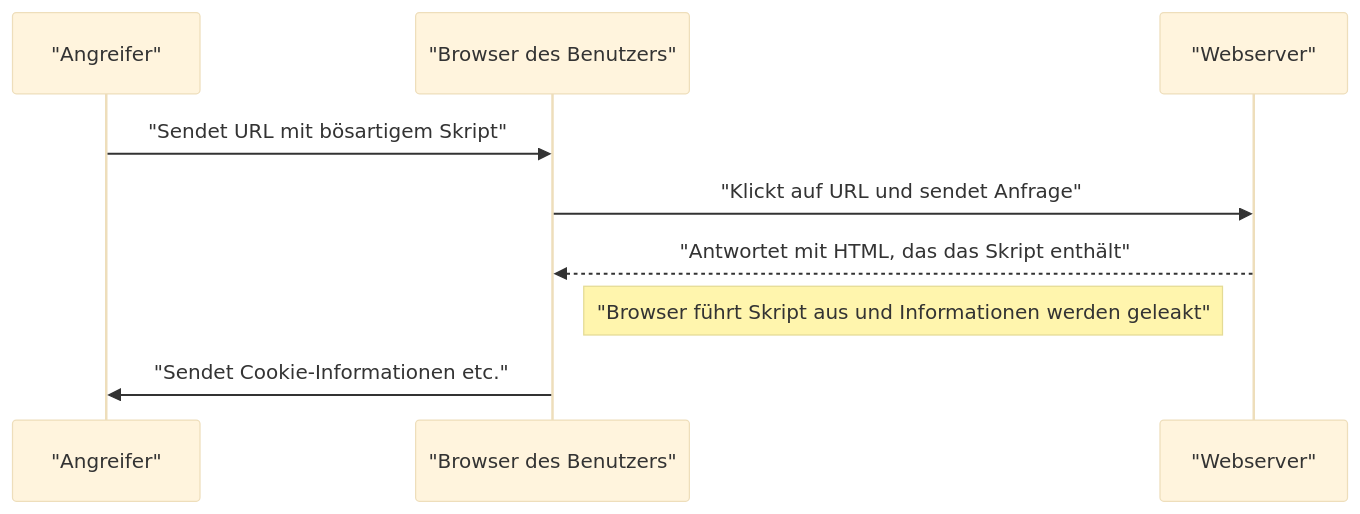
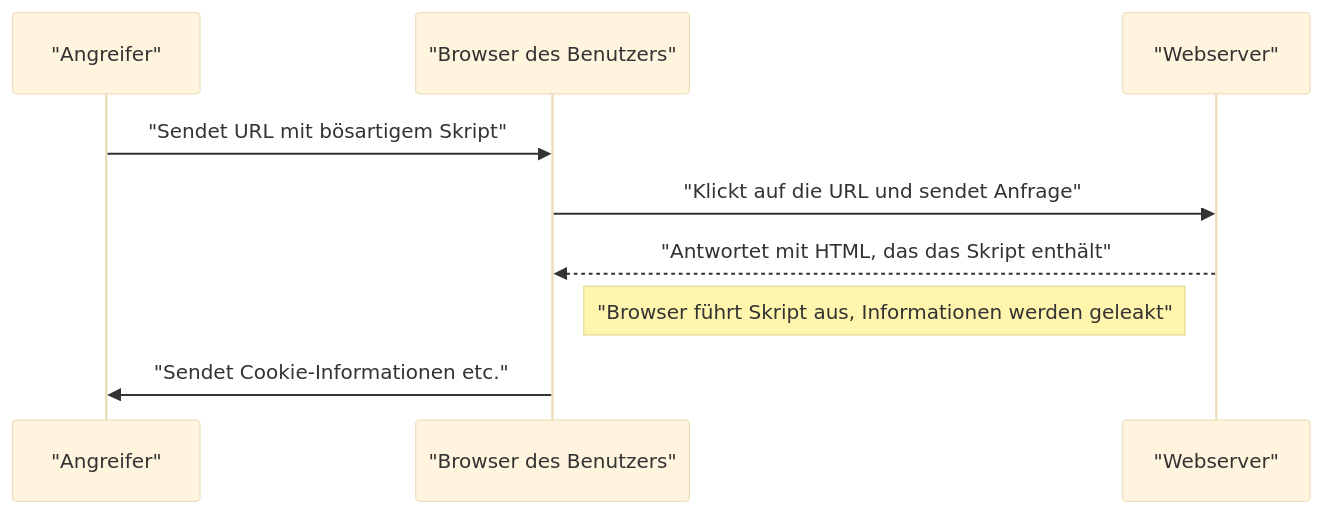
Before and after one commit to kenjinote/blog: the first of 2 diagrams in content/post/web-application-vulnerability-owasp-top-10/index.de.md, drawn with Mermaid (base theme). The commit also changed other lines of this file and 12 other files, not shown here.

````diff
--- a/content/post/web-application-vulnerability-owasp-top-10/index.de.md
+++ b/content/post/web-application-vulnerability-owasp-top-10/index.de.md
@@ -170,12 +170,12 @@
 ```mermaid
 sequenceDiagram
     participant "Angreifer"
     participant "Browser des Benutzers"
     participant "Webserver"
 
     "Angreifer"->>"Browser des Benutzers": "Sendet URL mit bösartigem Skript"
-    "Browser des Benutzers"->>"Webserver": "Klickt auf URL und sendet Anfrage"
+    "Browser des Benutzers"->>"Webserver": "Klickt auf die URL und sendet Anfrage"
     "Webserver"-->>"Browser des Benutzers": "Antwortet mit HTML, das das Skript enthält"
-    Note right of "Browser des Benutzers": "Browser führt Skript aus und Informationen werden geleakt"
+    Note right of "Browser des Benutzers": "Browser führt Skript aus, Informationen werden geleakt"
     "Browser des Benutzers"->>"Angreifer": "Sendet Cookie-Informationen etc."
 ```
````
